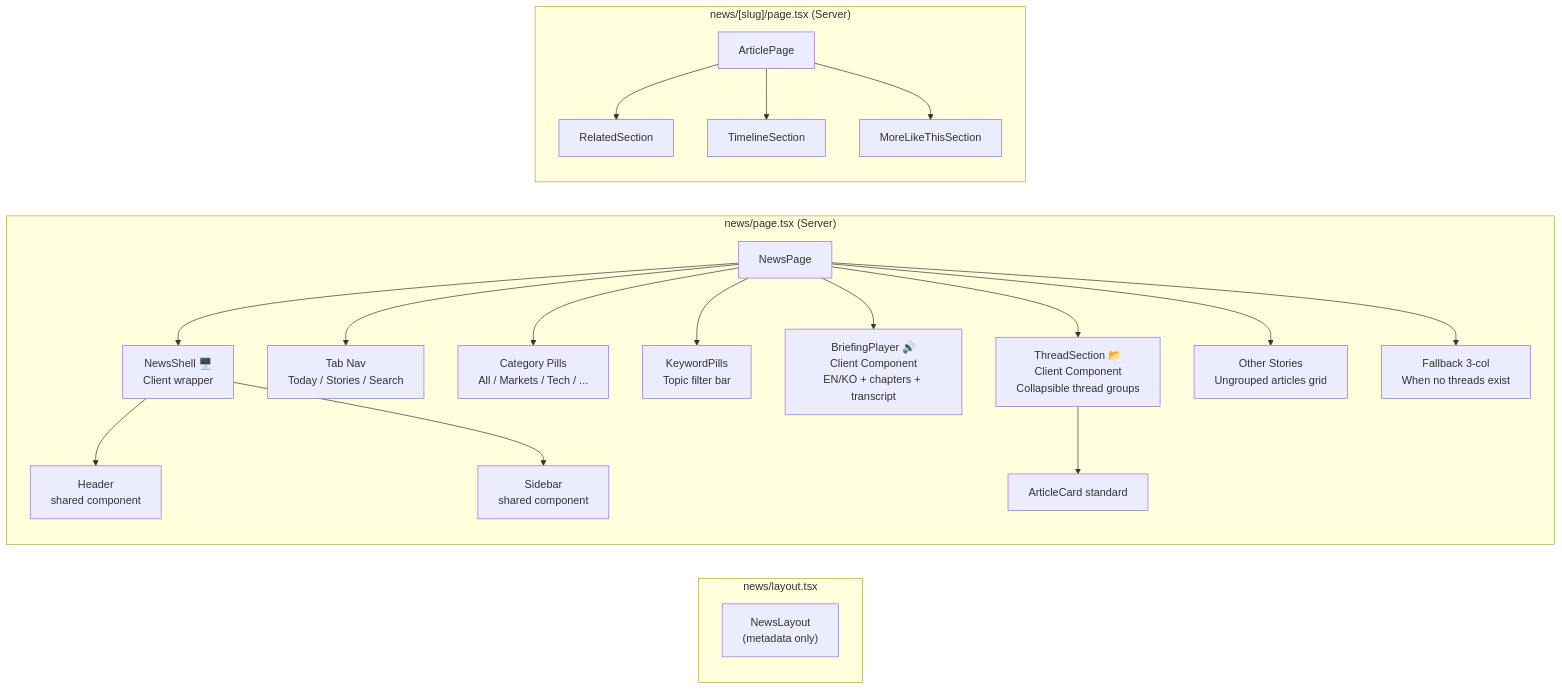
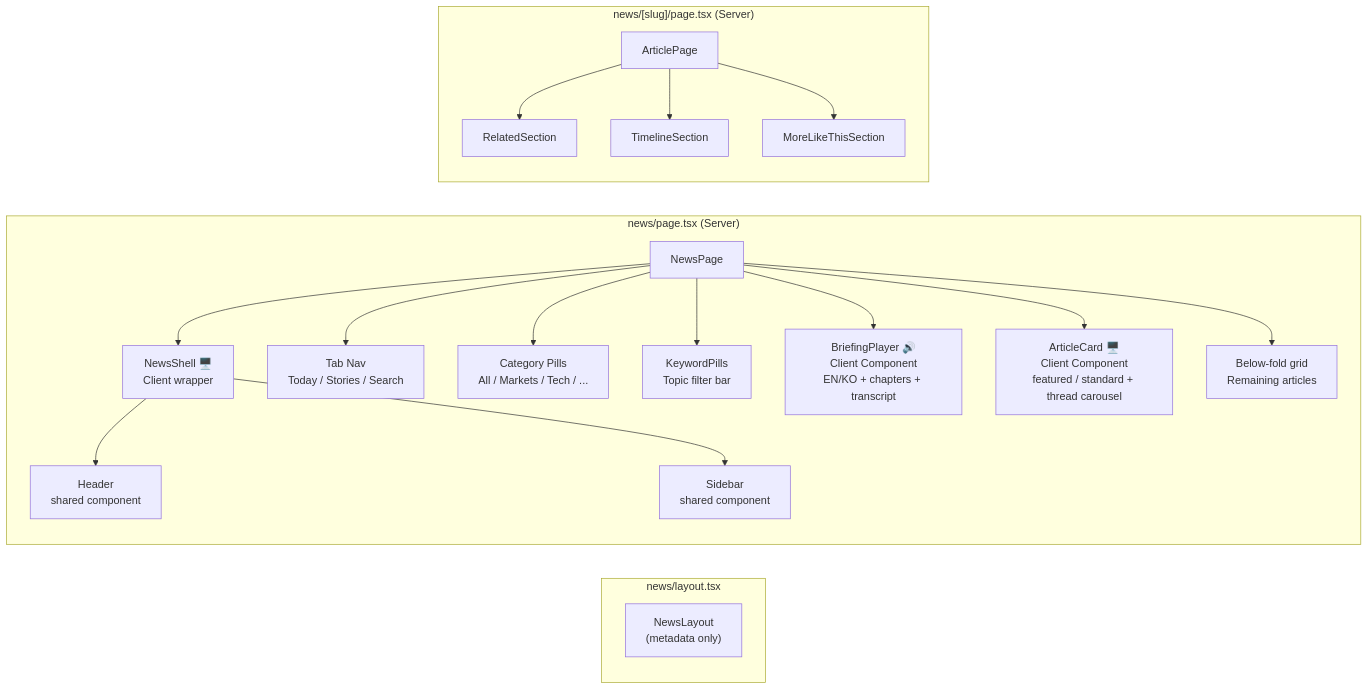
Before and after one commit to choym92/araverus: the second of 6 diagrams in docs/4-news-frontend.md, drawn with Mermaid. The commit also changed other lines of this file and 6 other files, not shown here.

First line of the commit message:
feat: 3-column layout with in-card thread carousel, show all articles

````diff
--- a/docs/4-news-frontend.md
+++ b/docs/4-news-frontend.md
@@ -59,27 +57,25 @@
 ```mermaid
 graph LR
     subgraph "news/layout.tsx"
         LAYOUT["NewsLayout<br/>(metadata only)"]
     end
 
     subgraph "news/page.tsx (Server)"
         PAGE[NewsPage] --> SHELL[NewsShell 🖥️<br/>Client wrapper]
         SHELL --> HEADER[Header<br/>shared component]
         SHELL --> SIDEBAR[Sidebar<br/>shared component]
 
         PAGE --> TABS[Tab Nav<br/>Today / Stories / Search]
         PAGE --> CATS[Category Pills<br/>All / Markets / Tech / ...]
         PAGE --> KW[KeywordPills<br/>Topic filter bar]
         PAGE --> BP[BriefingPlayer 🔊<br/>Client Component<br/>EN/KO + chapters + transcript]
-        PAGE --> TS[ThreadSection 📂<br/>Client Component<br/>Collapsible thread groups]
-        TS --> AC_STD[ArticleCard standard]
-        PAGE --> UNGROUPED[Other Stories<br/>Ungrouped articles grid]
-        PAGE --> FALLBACK[Fallback 3-col<br/>When no threads exist]
+        PAGE --> AC[ArticleCard 🖥️<br/>Client Component<br/>featured / standard + thread carousel]
+        PAGE --> BELOW[Below-fold grid<br/>Remaining articles]
     end
 
     subgraph "news/[slug]/page.tsx (Server)"
         DETAIL[ArticlePage] --> REL[RelatedSection]
         DETAIL --> TL[TimelineSection]
         DETAIL --> MLT[MoreLikeThisSection]
     end
 ```
````
